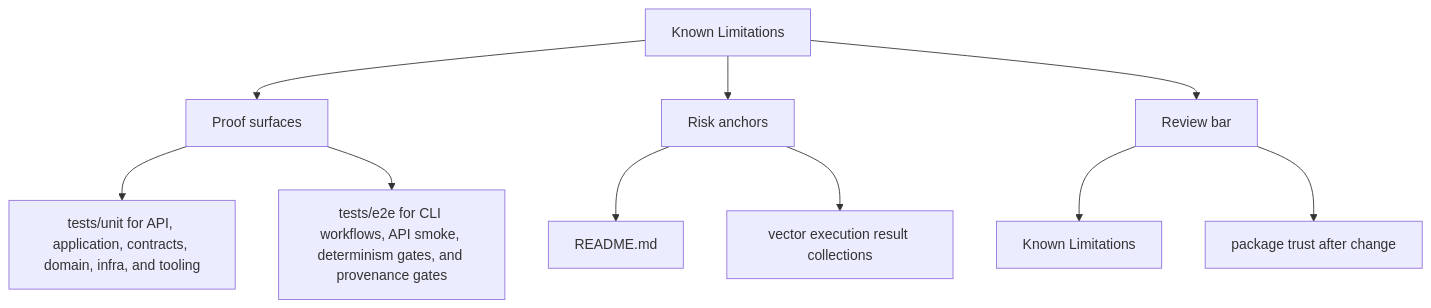
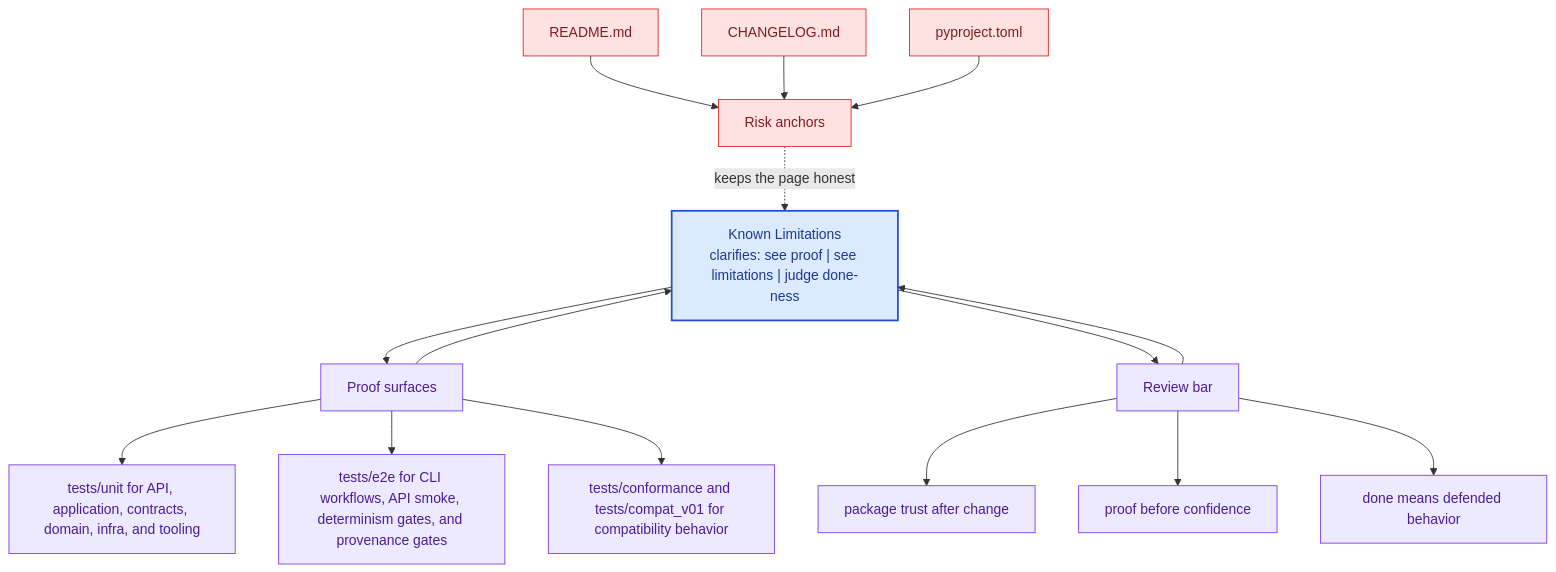
The second of 2 diagrams in docs/bijux-canon-index/quality/known-limitations.md (bijux/bijux-canon), drawn with Mermaid before and after one commit. The commit also changed other lines of this file and 281 other files, not shown here.

Commit message:
docs(diagrams): deepen handbook mermaid maps across the catalog

````diff
--- a/docs/bijux-canon-index/quality/known-limitations.md
+++ b/docs/bijux-canon-index/quality/known-limitations.md
@@ -34,22 +67,41 @@
 ```mermaid
-flowchart TD
-    page["Known Limitations"]
+flowchart TB
+    promise["Known Limitations<br/>clarifies: see proof | see limitations | judge done-ness"]
+    classDef promise fill:#dbeafe,stroke:#1d4ed8,color:#1e3a8a,stroke-width:2px;
+    classDef driver fill:#dcfce7,stroke:#16a34a,color:#14532d;
+    classDef constraint fill:#fee2e2,stroke:#dc2626,color:#7f1d1d;
+    classDef ground fill:#ede9fe,stroke:#7c3aed,color:#4c1d95;
     focus1["Proof surfaces"]
-    page --> focus1
+    focus1 --> promise
+    promise --> focus1
     focus1_1["tests/unit for API, application, contracts, domain, infra, and tooling"]
     focus1 --> focus1_1
     focus1_2["tests/e2e for CLI workflows, API smoke, determinism gates, and provenance gates"]
     focus1 --> focus1_2
+    focus1_3["tests/conformance and tests/compat_v01 for compatibility behavior"]
+    focus1 --> focus1_3
+    class focus1 ground;
+    class focus1_1,focus1_2,focus1_3 ground;
     focus2["Risk anchors"]
-    page --> focus2
+    focus2 -.keeps the page honest.-> promise
     focus2_1["README.md"]
-    focus2 --> focus2_1
-    focus2_2["vector execution result collections"]
-    focus2 --> focus2_2
+    focus2_1 --> focus2
+    focus2_2["CHANGELOG.md"]
+    focus2_2 --> focus2
+    focus2_3["pyproject.toml"]
+    focus2_3 --> focus2
+    class focus2 constraint;
+    class focus2_1,focus2_2,focus2_3 constraint;
     focus3["Review bar"]
-    page --> focus3
-    focus3_1["Known Limitations"]
+    focus3 --> promise
+    promise --> focus3
+    focus3_1["package trust after change"]
     focus3 --> focus3_1
-    focus3_2["package trust after change"]
+    focus3_2["proof before confidence"]
     focus3 --> focus3_2
+    focus3_3["done means defended behavior"]
+    focus3 --> focus3_3
+    class focus3 ground;
+    class focus3_1,focus3_2,focus3_3 ground;
+    class promise promise;
 ```
````
